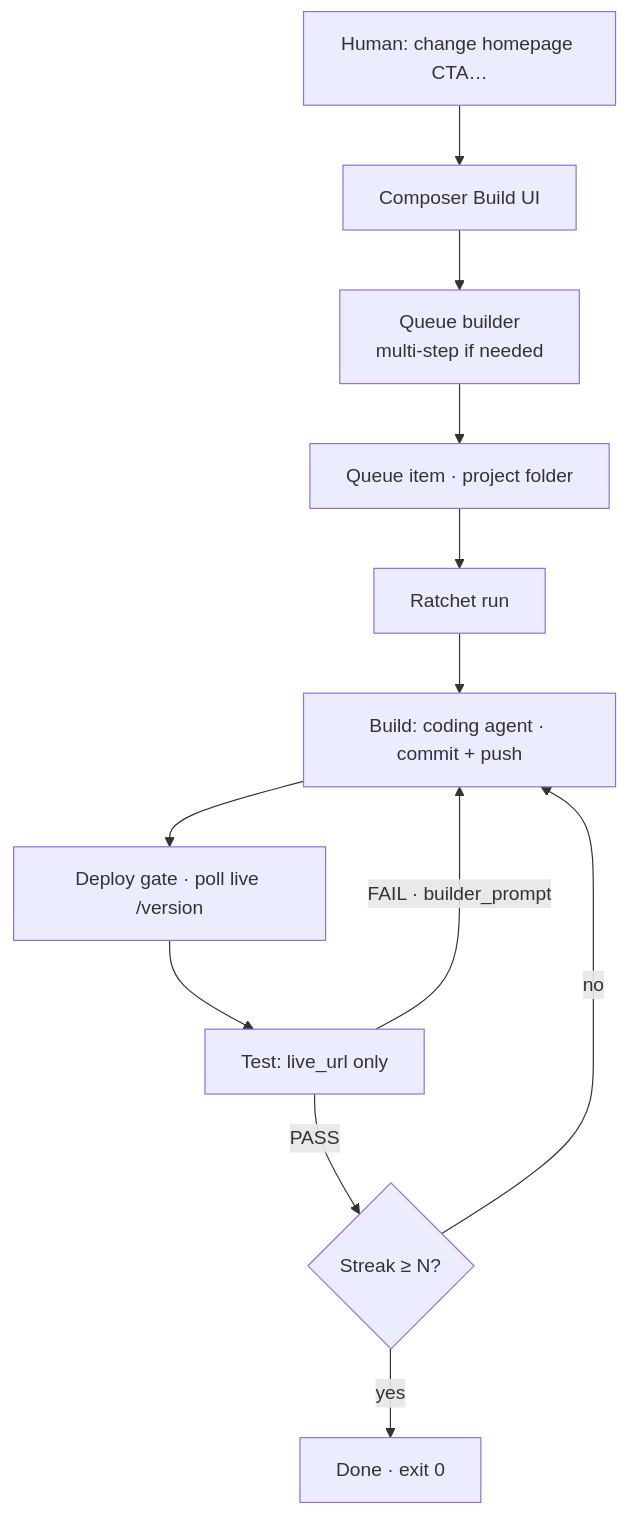
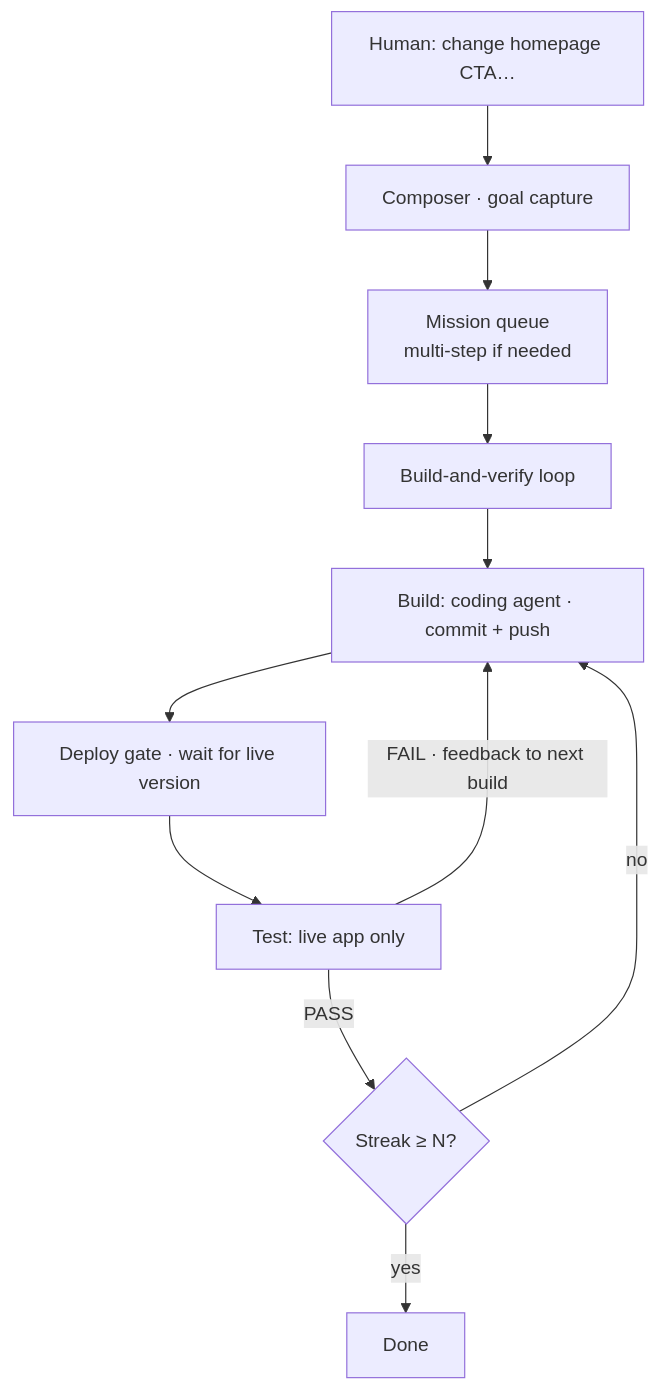
Before and after one commit to southu/vygo: the diagram in apps/web/public/content/vibe-coding/ratchet-guide/overview.md, drawn with Mermaid. The commit also changed other lines of this file and 42 other files, not shown here.

````diff
--- a/apps/web/public/content/vibe-coding/ratchet-guide/overview.md
+++ b/apps/web/public/content/vibe-coding/ratchet-guide/overview.md
@@ -11,14 +11,13 @@
 ```mermaid
 flowchart TD
-  H["Human: change homepage CTA…"] --> B[Composer Build UI]
-  B --> Q[Queue builder<br/>multi-step if needed]
-  Q --> I[Queue item · project folder]
-  I --> R[Ratchet run]
+  H["Human: change homepage CTA…"] --> B[Composer · goal capture]
+  B --> Q[Mission queue<br/>multi-step if needed]
+  Q --> R[Build-and-verify loop]
   R --> BL[Build: coding agent · commit + push]
-  BL --> DG[Deploy gate · poll live /version]
-  DG --> T[Test: live_url only]
-  T -->|FAIL · builder_prompt| BL
+  BL --> DG[Deploy gate · wait for live version]
+  DG --> T[Test: live app only]
+  T -->|FAIL · feedback to next build| BL
   T -->|PASS| ST{Streak ≥ N?}
   ST -->|no| BL
-  ST -->|yes| OK[Done · exit 0]
+  ST -->|yes| OK[Done]
 ```
````
